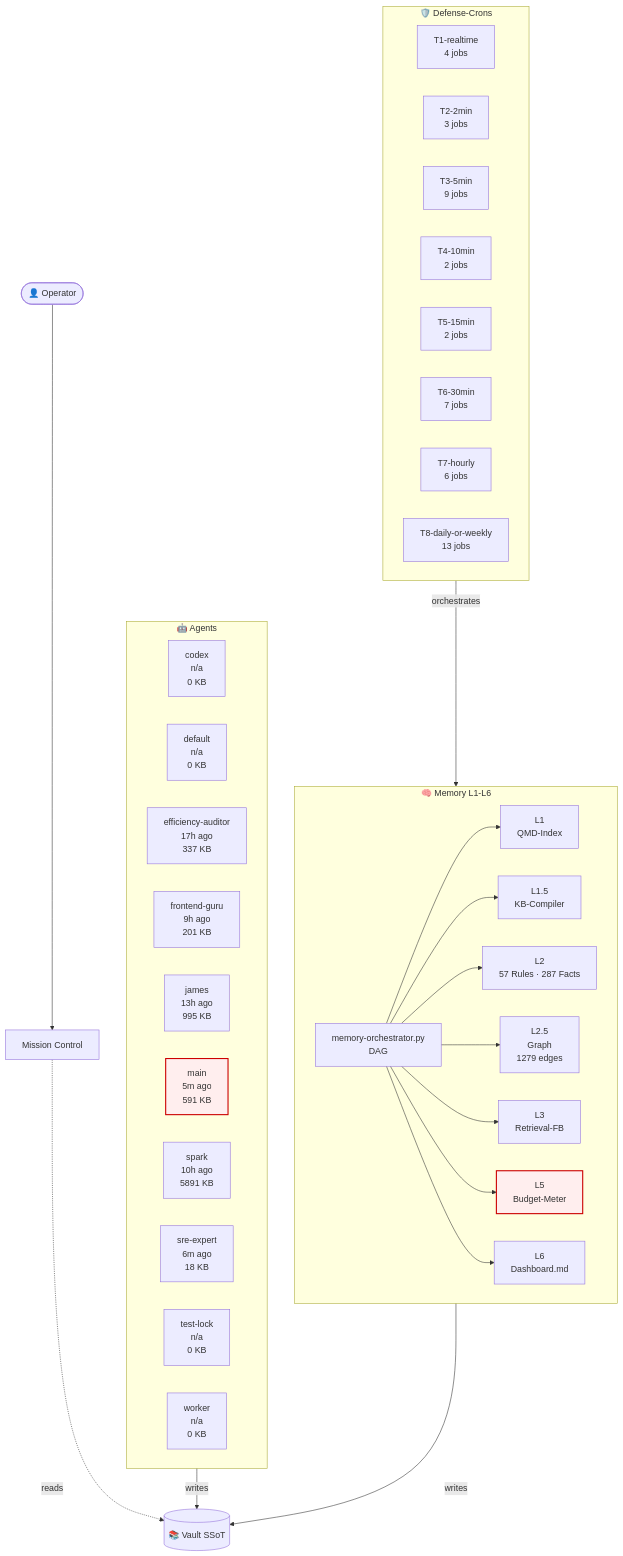
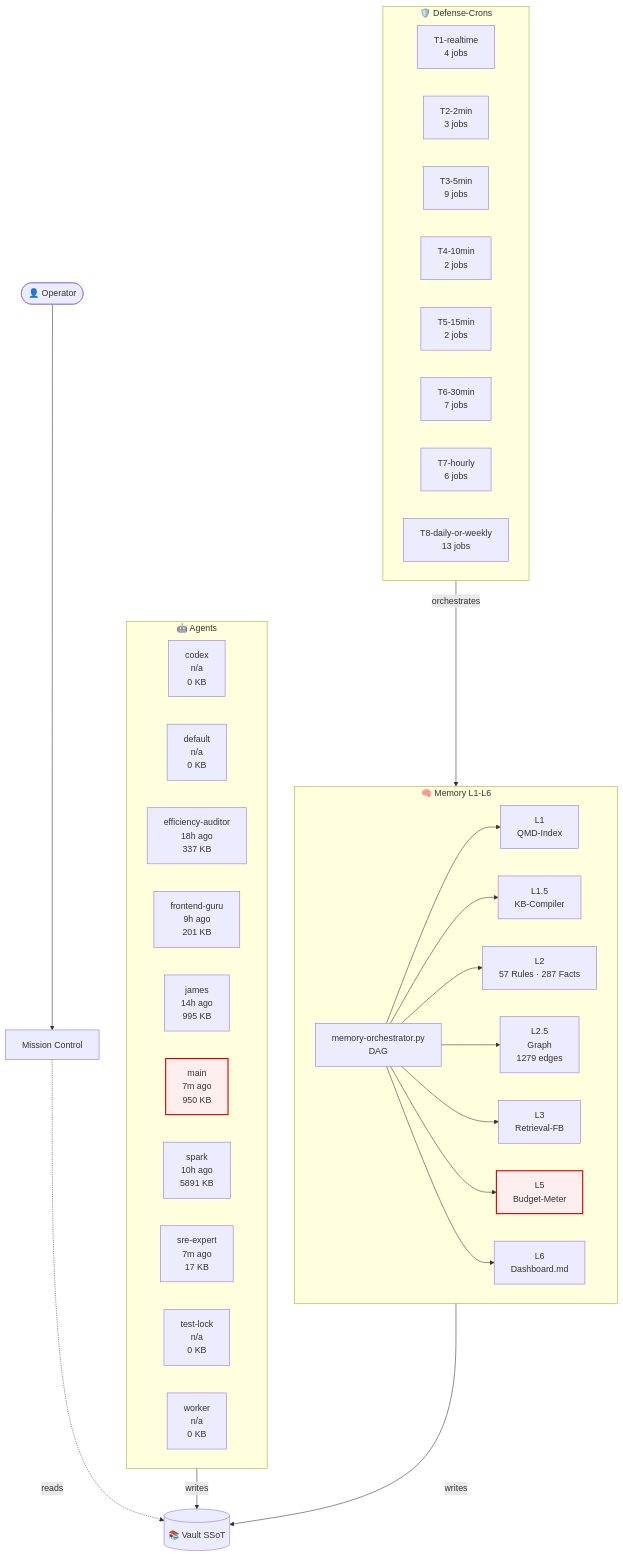
The diagram in 03-Agents/architecture-live.md (lenardhuebner88-rgb/openclaw-memory), drawn with Mermaid before and after one commit. The commit also changed other lines of this file and 5 other files, not shown here.

````diff
--- a/03-Agents/architecture-live.md
+++ b/03-Agents/architecture-live.md
@@ -18,53 +18,53 @@
 ```mermaid
 flowchart TB
     classDef critical fill:#fee,stroke:#c00,stroke-width:2px;
     subgraph AGT["🤖 Agents"]
         agent_codex["codex<br/>n/a<br/>0 KB"]
         agent_default["default<br/>n/a<br/>0 KB"]
-        agent_efficiency_auditor["efficiency-auditor<br/>17h ago<br/>337 KB"]
+        agent_efficiency_auditor["efficiency-auditor<br/>18h ago<br/>337 KB"]
         agent_frontend_guru["frontend-guru<br/>9h ago<br/>201 KB"]
-        agent_james["james<br/>13h ago<br/>995 KB"]
-        agent_main["main<br/>5m ago<br/>591 KB"]
+        agent_james["james<br/>14h ago<br/>995 KB"]
+        agent_main["main<br/>7m ago<br/>950 KB"]
         agent_spark["spark<br/>10h ago<br/>5891 KB"]
-        agent_sre_expert["sre-expert<br/>6m ago<br/>18 KB"]
+        agent_sre_expert["sre-expert<br/>7m ago<br/>17 KB"]
         agent_test_lock["test-lock<br/>n/a<br/>0 KB"]
         agent_worker["worker<br/>n/a<br/>0 KB"]
     end
     subgraph MEM["🧠 Memory L1-L6"]
         L1["L1<br/>QMD-Index"]
         L15["L1.5<br/>KB-Compiler"]
         L2["L2<br/>57 Rules · 287 Facts"]
         L25["L2.5<br/>Graph<br/>1279 edges"]
         L3["L3<br/>Retrieval-FB"]
         L5["L5<br/>Budget-Meter"]
         L6["L6<br/>Dashboard.md"]
         ORCH["memory-orchestrator.py<br/>DAG"]
     end
     subgraph CRN["🛡️ Defense-Crons"]
         tier_T1_realtime["T1-realtime<br/>4 jobs"]
         tier_T2_2min["T2-2min<br/>3 jobs"]
         tier_T3_5min["T3-5min<br/>9 jobs"]
         tier_T4_10min["T4-10min<br/>2 jobs"]
         tier_T5_15min["T5-15min<br/>2 jobs"]
         tier_T6_30min["T6-30min<br/>7 jobs"]
         tier_T7_hourly["T7-hourly<br/>6 jobs"]
         tier_T8_daily_or_weekly["T8-daily-or-weekly<br/>13 jobs"]
     end
     VAULT[("📚 Vault SSoT")]
     OP([👤 Operator])
     MC["Mission Control"]
     OP --> MC
     MC -.reads.-> VAULT
     AGT -->|writes| VAULT
     MEM -->|writes| VAULT
     ORCH --> L1
     ORCH --> L15
     ORCH --> L2
     ORCH --> L25
     ORCH --> L3
     ORCH --> L5
     ORCH --> L6
     CRN -->|orchestrates| MEM
     class L5 critical
     class agent_main critical
 ```
````
